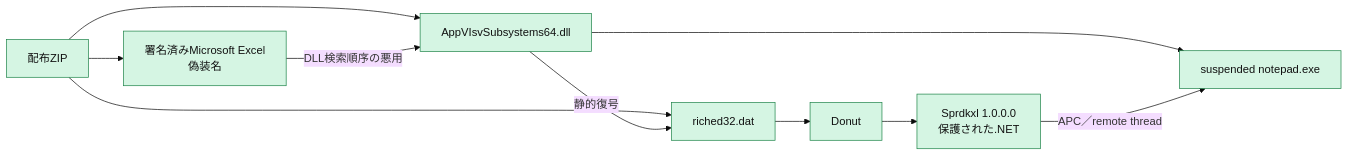
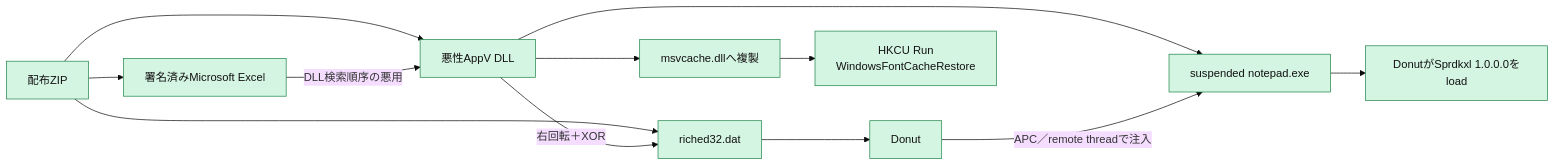
One commit to proshiba/AI-security-analysis changed the second of 3 diagrams in analysis-results/malware/purehvnc/versions/unknown/cases/a4a0b87c94132e0433ae48e2151f31e8cdb02113cd0f3aa81a903adc854a64d9/OVERALL-LOGIC.md. Above: the diagram before and after it, drawn with Mermaid (base theme). The commit also changed other lines of this file and 1823 other files, not shown here.

````diff
--- a/analysis-results/malware/purehvnc/versions/unknown/cases/a4a0b87c94132e0433ae48e2151f31e8cdb02113cd0f3aa81a903adc854a64d9/OVERALL-LOGIC.md
+++ b/analysis-results/malware/purehvnc/versions/unknown/cases/a4a0b87c94132e0433ae48e2151f31e8cdb02113cd0f3aa81a903adc854a64d9/OVERALL-LOGIC.md
@@ -28,14 +31,16 @@
 ```mermaid
 flowchart LR
-    Z["配布ZIP"] --> X["署名済みMicrosoft Excel<br/>偽装名"]
-    Z --> L["AppVIsvSubsystems64.dll"]
+    Z["配布ZIP"] --> X["署名済みMicrosoft Excel"]
+    Z --> L["悪性AppV DLL"]
     Z --> S["riched32.dat"]
     X -->|"DLL検索順序の悪用"| L
-    L -->|"静的復号"| S
+    L -->|"右回転＋XOR"| S
     S --> D["Donut"]
-    D --> M["Sprdkxl 1.0.0.0<br/>保護された.NET"]
     L --> N["suspended notepad.exe"]
-    M -->|"APC／remote thread"| N
+    D -->|"APC／remote threadで注入"| N
+    N --> M["DonutがSprdkxl 1.0.0.0をload"]
+    L --> P["msvcache.dllへ複製"]
+    P --> K["HKCU Run<br/>WindowsFontCacheRestore"]
     classDef confirmed fill:#d5f5e3,stroke:#1e8449,color:#111;
-    class Z,X,L,S,D,M,N confirmed;
+    class Z,X,L,S,D,M,N,P,K confirmed;
 ```
````
